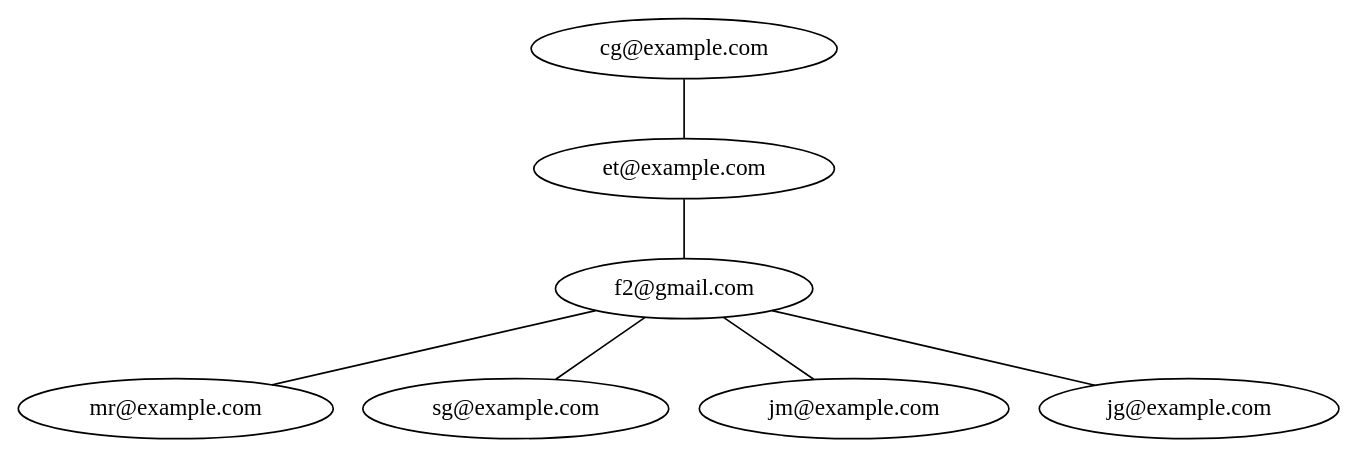
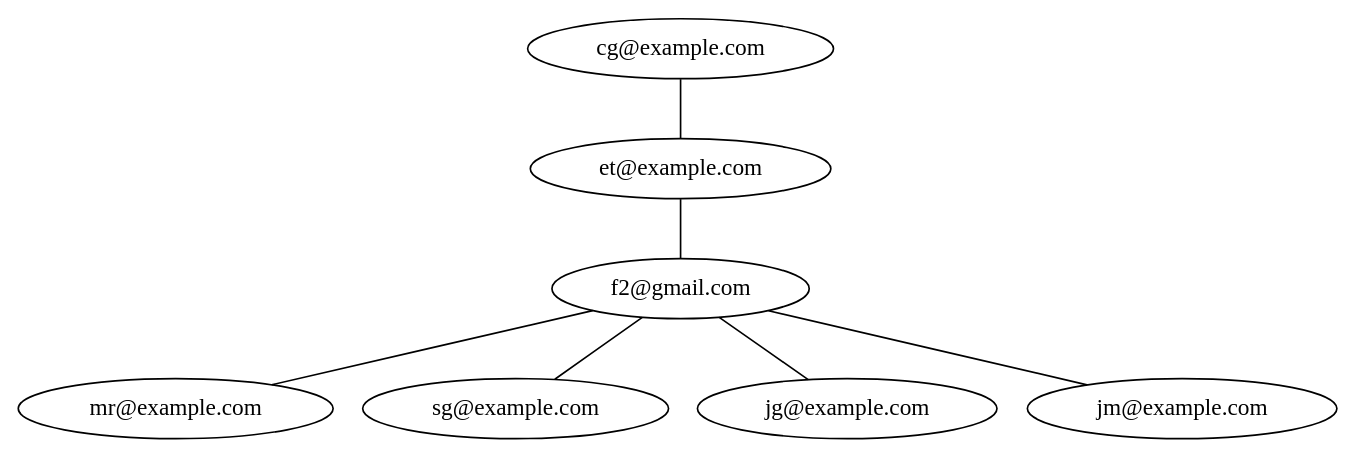
Before and after one commit to Kevin-alvarez1/PROYECTO_MULTIFASES_RED_SOCIAL: the diagram in Fase3/main/build/Desktop_Qt_6_7_2_MinGW_64_bit-Debug/grafo.dot, drawn with Graphviz. The commit also changed other lines of this file and 463 other files, not shown here.

```diff
--- a/Fase3/main/build/Desktop_Qt_6_7_2_MinGW_64_bit-Debug/grafo.dot
+++ b/Fase3/main/build/Desktop_Qt_6_7_2_MinGW_64_bit-Debug/grafo.dot
@@ -1,15 +1,15 @@
 digraph G {
-"mr@example.com"[label="mr@example.com"];
 "f2@gmail.com"[label="f2@gmail.com"];
 "f2@gmail.com" -> "mr@example.com"[dir=none];
 "f2@gmail.com" -> "sg@example.com"[dir=none];
+"f2@gmail.com" -> "jg@example.com"[dir=none];
 "f2@gmail.com" -> "jm@example.com"[dir=none];
-"f2@gmail.com" -> "jg@example.com"[dir=none];
+"mr@example.com"[label="mr@example.com"];
 "sg@example.com"[label="sg@example.com"];
+"jg@example.com"[label="jg@example.com"];
 "jm@example.com"[label="jm@example.com"];
-"jg@example.com"[label="jg@example.com"];
 "et@example.com"[label="et@example.com"];
 "et@example.com" -> "f2@gmail.com"[dir=none];
 "cg@example.com"[label="cg@example.com"];
 "cg@example.com" -> "et@example.com"[dir=none];
 }
```
